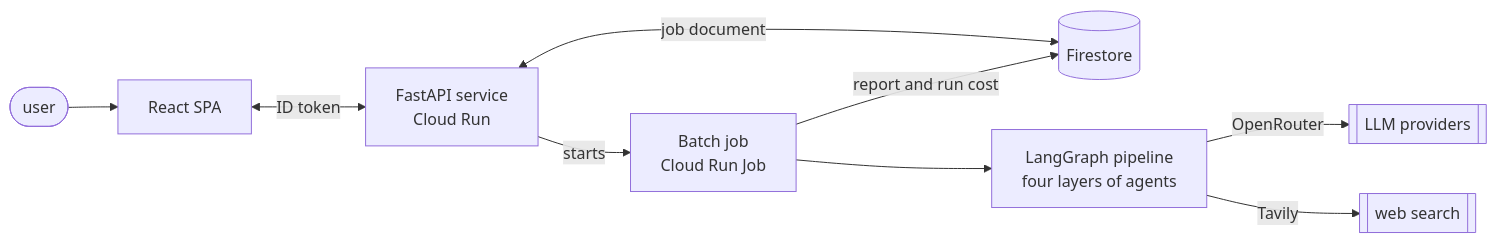
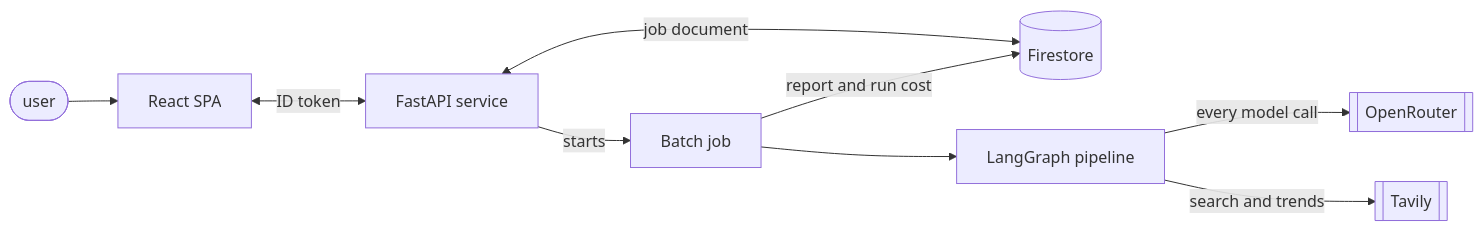
The second of 2 diagrams in README.md (lukasz-zimnoch/nexis), drawn with Mermaid before and after one commit. The commit also changed other lines of this file, not shown here.

First line of the commit message:
Match the README component table to the diagram, and say what the notes mean

````diff
--- a/README.md
+++ b/README.md
@@ -94,11 +94,11 @@
 ```mermaid
 flowchart LR
     U([user]) --> SPA["React SPA"]
-    SPA <-->|"ID token"| API["FastAPI service<br/>Cloud Run"]
+    SPA <-->|"ID token"| API["FastAPI service"]
     API <-->|"job document"| FS[("Firestore")]
-    API -->|"starts"| JOB["Batch job<br/>Cloud Run Job"]
-    JOB --> G["LangGraph pipeline<br/>four layers of agents"]
-    G -->|"OpenRouter"| LLM[["LLM providers"]]
-    G -->|"Tavily"| WEB[["web search"]]
+    API -->|"starts"| JOB["Batch job"]
+    JOB --> PIPE["LangGraph pipeline"]
+    PIPE -->|"every model call"| OR[["OpenRouter"]]
+    PIPE -->|"search and trends"| TAV[["Tavily"]]
     JOB -->|"report and run cost"| FS
 ```
````
